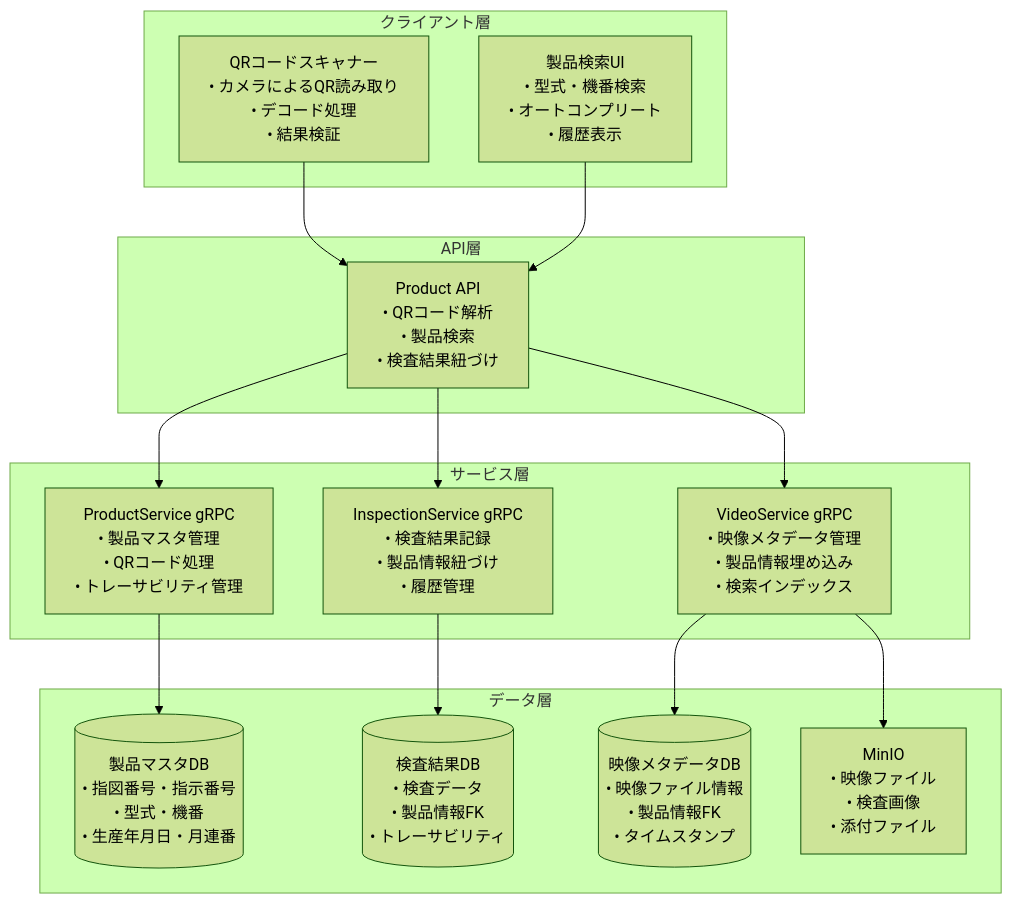
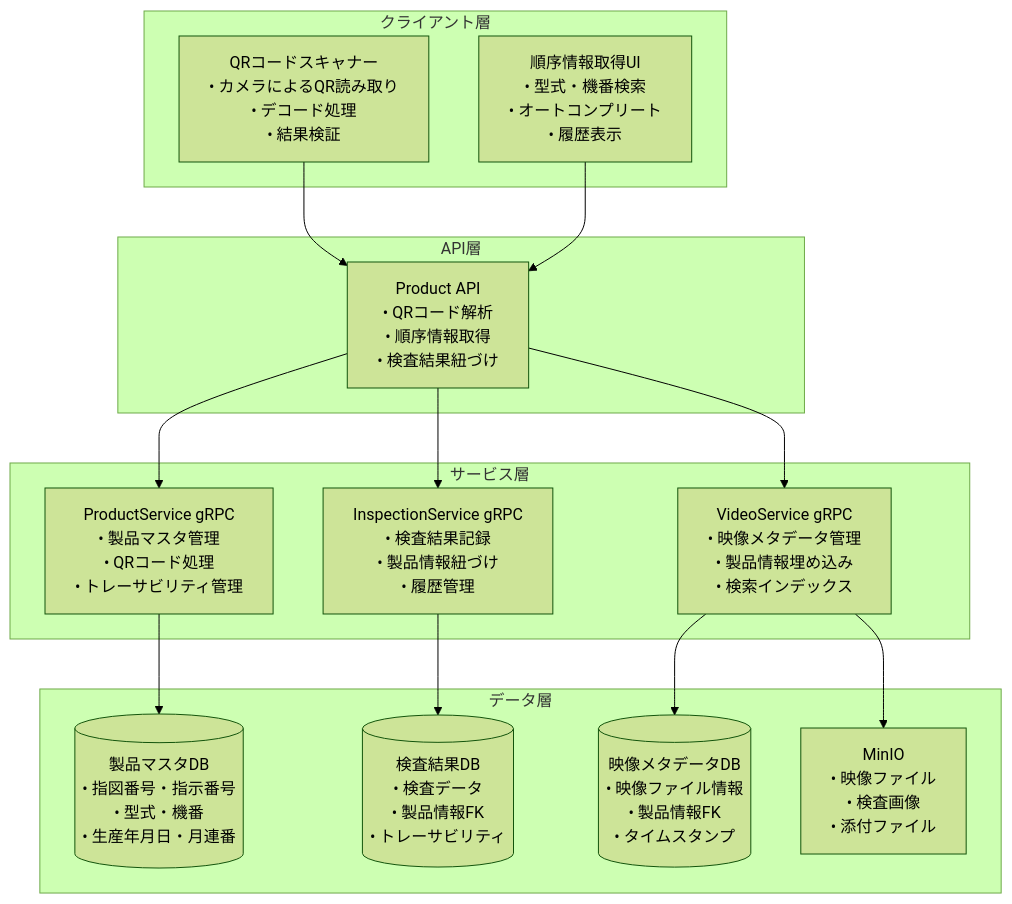
The second of 3 diagrams in docs/0300_設計_アプローチ1/0300_システム基本設計.md (daichiTAAA/ImageFlowCanvas), drawn with Mermaid (forest theme) before and after one commit. The commit also changed other lines of this file and 6 other files, not shown here.

````diff
--- a/docs/0300_設計_アプローチ1/0300_システム基本設計.md
+++ b/docs/0300_設計_アプローチ1/0300_システム基本設計.md
@@ -295,35 +295,35 @@
 ```mermaid
 graph TB
     subgraph "クライアント層"
         QRScanner[QRコードスキャナー<br/>• カメラによるQR読み取り<br/>• デコード処理<br/>• 結果検証]
-        ProductSearch[製品検索UI<br/>• 型式・機番検索<br/>• オートコンプリート<br/>• 履歴表示]
+        ProductSearch[順序情報取得UI<br/>• 型式・機番検索<br/>• オートコンプリート<br/>• 履歴表示]
     end
     
     subgraph "API層"
-        ProductAPI[Product API<br/>• QRコード解析<br/>• 製品検索<br/>• 検査結果紐づけ]
+        ProductAPI[Product API<br/>• QRコード解析<br/>• 順序情報取得<br/>• 検査結果紐づけ]
     end
     
     subgraph "サービス層"
         ProductService[ProductService gRPC<br/>• 製品マスタ管理<br/>• QRコード処理<br/>• トレーサビリティ管理]
         InspectionService[InspectionService gRPC<br/>• 検査結果記録<br/>• 製品情報紐づけ<br/>• 履歴管理]
         VideoService[VideoService gRPC<br/>• 映像メタデータ管理<br/>• 製品情報埋め込み<br/>• 検索インデックス]
     end
     
     subgraph "データ層"
         ProductDB[(製品マスタDB<br/>• 指図番号・指示番号<br/>• 型式・機番<br/>• 生産年月日・月連番)]
         InspectionDB[(検査結果DB<br/>• 検査データ<br/>• 製品情報FK<br/>• トレーサビリティ)]
         VideoMetaDB[(映像メタデータDB<br/>• 映像ファイル情報<br/>• 製品情報FK<br/>• タイムスタンプ)]
         FileStorage[MinIO<br/>• 映像ファイル<br/>• 検査画像<br/>• 添付ファイル]
     end
     
     QRScanner --> ProductAPI
     ProductSearch --> ProductAPI
     ProductAPI --> ProductService
     ProductAPI --> InspectionService
     ProductAPI --> VideoService
     
     ProductService --> ProductDB
     InspectionService --> InspectionDB
     VideoService --> VideoMetaDB
     VideoService --> FileStorage
 ```
````
